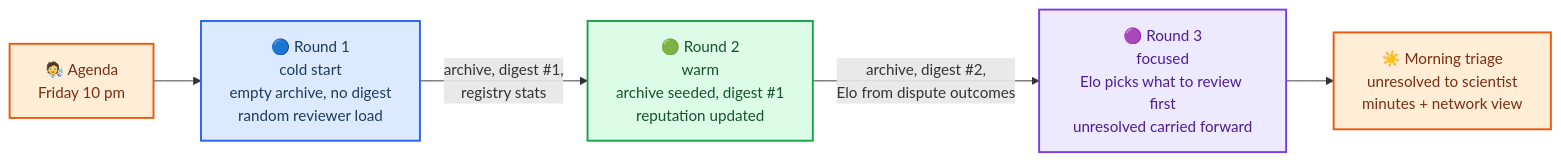
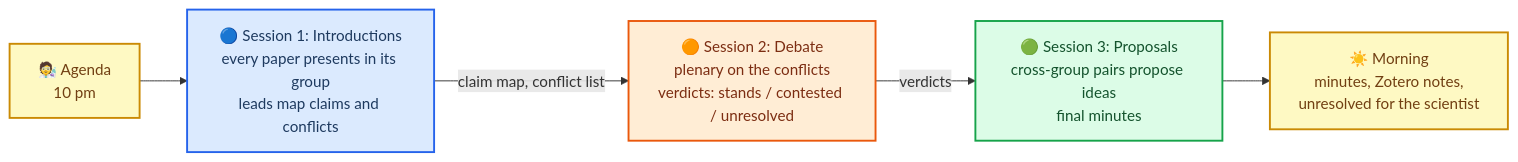
Before and after one commit to jackysiupuichung/temp: the third of 3 diagrams in research/review/organisation_diagram.md, drawn with Mermaid. The commit also changed other lines of this file and 1 other file, not shown here.

````diff
--- a/research/review/organisation_diagram.md
+++ b/research/review/organisation_diagram.md
@@ -231,26 +150,26 @@
 ```mermaid
 flowchart LR
-    accTitle: Three cycles and what carries between them
-    accDescr: Round one starts cold with an empty archive and no digest. Round two starts with the archive, the first digest and updated reputation. Round three adds Elo-prioritised review and unresolved disputes carried forward. After round three the scientist triages in the morning.
+    accTitle: Three sessions overnight
+    accDescr: Session one is introductions, where every paper presents inside its group. Session two is the debate, where the convener raises the conflicts found in session one. Session three is proposals, where groups pair up and the final minutes are written for the scientist.
 
-    agenda["🧑‍🔬 Agenda<br/>Friday 10 pm"]
-    r1["🔵 Round 1<br/>cold start<br/>empty archive, no digest<br/>random reviewer load"]
-    r2["🟢 Round 2<br/>warm<br/>archive seeded, digest #1<br/>reputation updated"]
-    r3["🟣 Round 3<br/>focused<br/>Elo picks what to review first<br/>unresolved carried forward"]
-    triage["☀️ Morning triage<br/>unresolved to scientist<br/>minutes + network view"]
+    agenda["🧑‍🔬 Agenda<br/>10 pm"]
+    s1["🔵 Session 1: Introductions<br/>every paper presents in its group<br/>leads map claims and conflicts"]
+    s2["🟠 Session 2: Debate<br/>plenary on the conflicts<br/>verdicts: stands / contested / unresolved"]
+    s3["🟢 Session 3: Proposals<br/>cross-group pairs propose ideas<br/>final minutes"]
+    morning["☀️ Morning<br/>minutes, Zotero notes,<br/>unresolved for the scientist"]
 
-    agenda --> r1
-    r1 -- "archive, digest #1,<br/>registry stats" --> r2
-    r2 -- "archive, digest #2,<br/>Elo from dispute outcomes" --> r3
-    r3 --> triage
+    agenda --> s1
+    s1 -- "claim map, conflict list" --> s2
+    s2 -- "verdicts" --> s3
+    s3 --> morning
 
-    classDef cold fill:#dbeafe,stroke:#2563eb,stroke-width:2px,color:#1e3a5f
-    classDef warm fill:#dcfce7,stroke:#16a34a,stroke-width:2px,color:#14532d
-    classDef focus fill:#ede9fe,stroke:#7c3aed,stroke-width:2px,color:#4c1d95
-    classDef person fill:#ffedd5,stroke:#ea580c,stroke-width:2px,color:#7c2d12
+    classDef one fill:#dbeafe,stroke:#2563eb,stroke-width:2px,color:#1e3a5f
+    classDef two fill:#ffedd5,stroke:#ea580c,stroke-width:2px,color:#7c2d12
+    classDef three fill:#dcfce7,stroke:#16a34a,stroke-width:2px,color:#14532d
+    classDef person fill:#fef9c3,stroke:#ca8a04,stroke-width:2px,color:#713f12
 
-    class r1 cold
-    class r2 warm
-    class r3 focus
-    class agenda,triage person
+    class s1 one
+    class s2 two
+    class s3 three
+    class agenda,morning person
 ```
````
